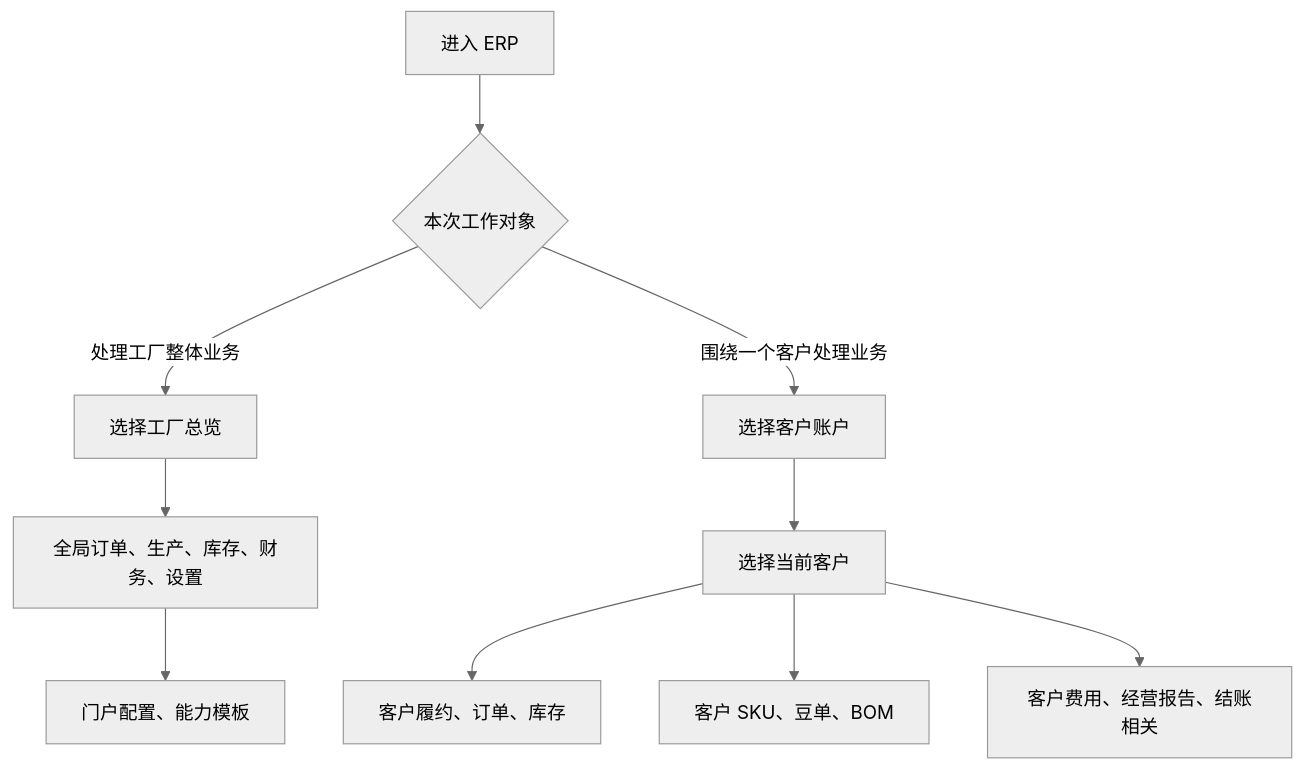
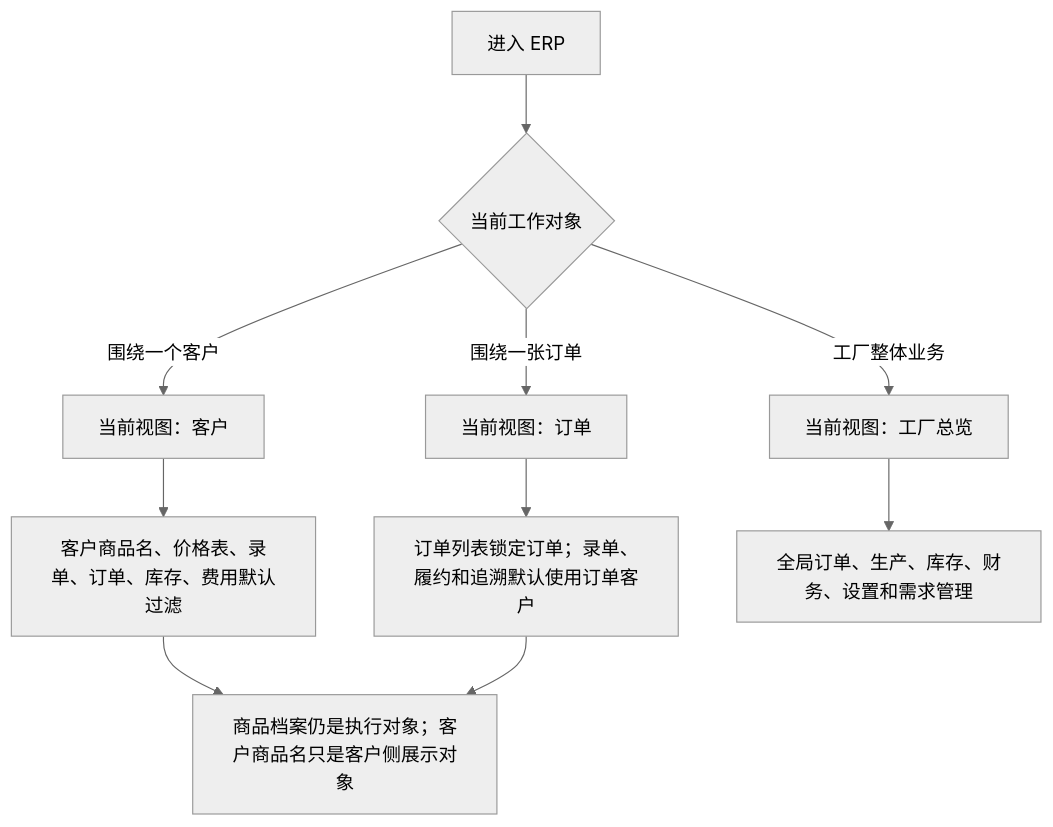
The diagram in orderapp-remote/docs/OP_MANUAL_WORKSPACE_MODE.md (Backstage2539/KFerp), drawn with Mermaid (neutral theme) before and after one commit. The commit also changed other lines of this file and 24 other files, not shown here.

````diff
--- a/orderapp-remote/docs/OP_MANUAL_WORKSPACE_MODE.md
+++ b/orderapp-remote/docs/OP_MANUAL_WORKSPACE_MODE.md
@@ -14,12 +16,12 @@
 ```mermaid
 flowchart TD
-  A["进入 ERP"] --> B{"本次工作对象"}
-  B -->|处理工厂整体业务| C["选择工厂总览"]
-  B -->|围绕一个客户处理业务| D["选择客户账户"]
-  D --> E["选择当前客户"]
-  E --> F["客户履约、订单、库存"]
-  E --> G["客户 SKU、豆单、BOM"]
-  E --> H["客户费用、经营报告、结账相关"]
-  C --> I["全局订单、生产、库存、财务、设置"]
-  I --> J["门户配置、能力模板"]
+  A["进入 ERP"] --> B{"当前工作对象"}
+  B -->|工厂整体业务| C["当前视图：工厂总览"]
+  B -->|围绕一个客户| D["当前视图：客户"]
+  B -->|围绕一张订单| E["当前视图：订单"]
+  D --> F["客户商品名、价格表、录单、订单、库存、费用默认过滤"]
+  E --> G["订单列表锁定订单；录单、履约和追溯默认使用订单客户"]
+  C --> H["全局订单、生产、库存、财务、设置和需求管理"]
+  F --> I["商品档案仍是执行对象；客户商品名只是客户侧展示对象"]
+  G --> I
 ```
````
